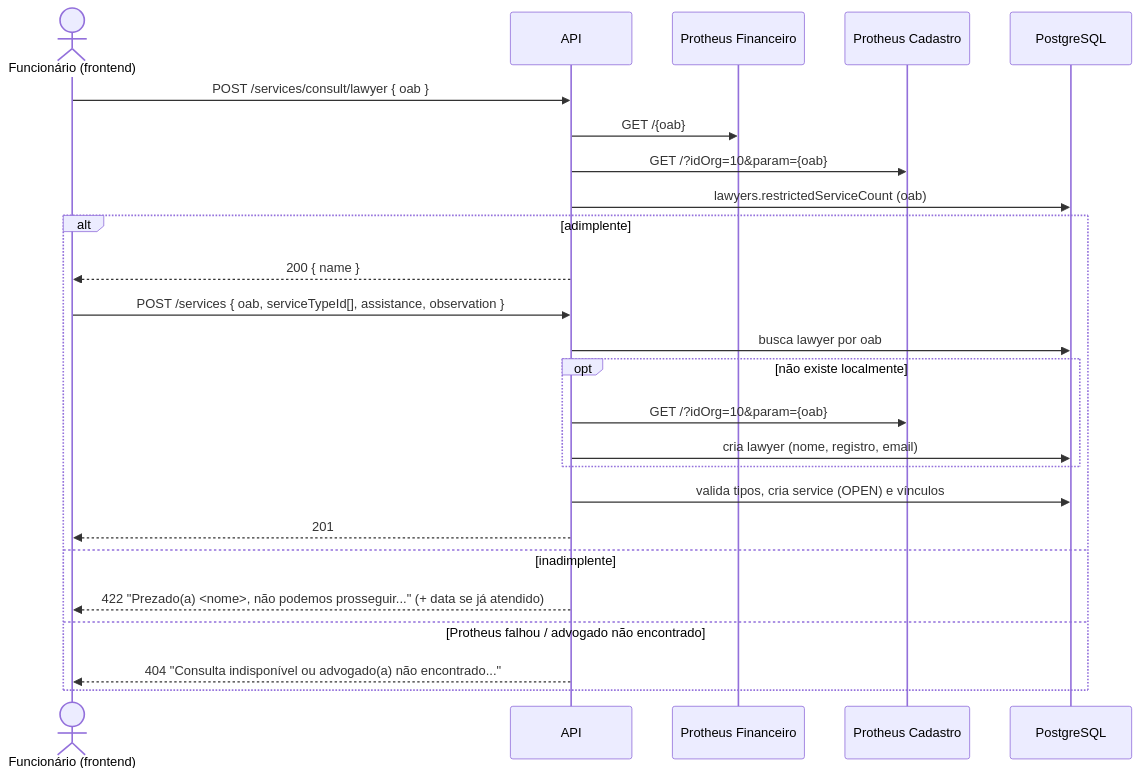
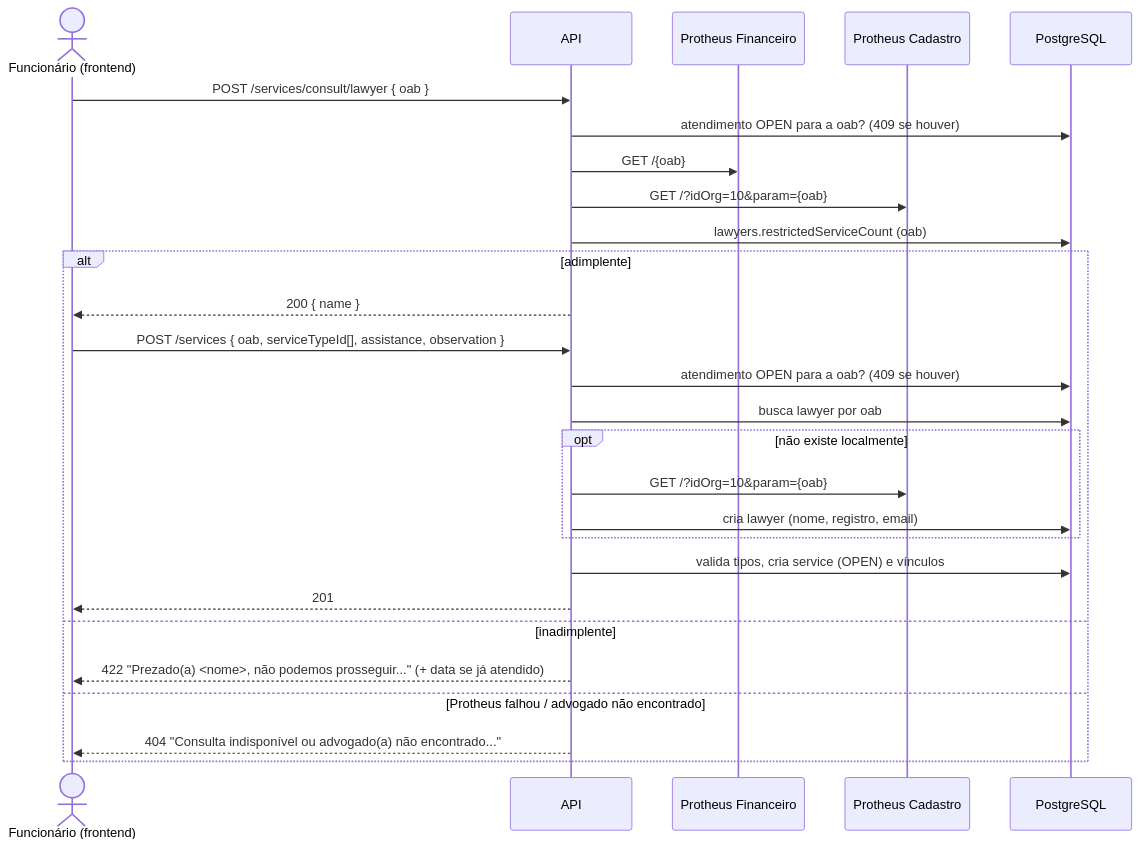
The first of 4 diagrams in docs/fluxos-de-negocio.md (devoabma/api-lexhub), drawn with Mermaid before and after one commit. The commit also changed other lines of this file and 12 other files, not shown here.

First line of the commit message:
feat: um atendimento em aberto por advogado e trim da OAB

````diff
--- a/docs/fluxos-de-negocio.md
+++ b/docs/fluxos-de-negocio.md
@@ -12,28 +12,30 @@
 ```mermaid
 sequenceDiagram
   actor F as Funcionário (frontend)
   participant API
   participant FIN as Protheus Financeiro
   participant DATA as Protheus Cadastro
   participant DB as PostgreSQL
 
   F->>API: POST /services/consult/lawyer { oab }
+  API->>DB: atendimento OPEN para a oab? (409 se houver)
   API->>FIN: GET /{oab}
   API->>DATA: GET /?idOrg=10&param={oab}
   API->>DB: lawyers.restrictedServiceCount (oab)
   alt adimplente
     API-->>F: 200 { name }
     F->>API: POST /services { oab, serviceTypeId[], assistance, observation }
+    API->>DB: atendimento OPEN para a oab? (409 se houver)
     API->>DB: busca lawyer por oab
     opt não existe localmente
       API->>DATA: GET /?idOrg=10&param={oab}
       API->>DB: cria lawyer (nome, registro, email)
     end
     API->>DB: valida tipos, cria service (OPEN) e vínculos
     API-->>F: 201
   else inadimplente
     API-->>F: 422 "Prezado(a) <nome>, não podemos prosseguir..." (+ data se já atendido)
   else Protheus falhou / advogado não encontrado
     API-->>F: 404 "Consulta indisponível ou advogado(a) não encontrado..."
   end
 ```
````
